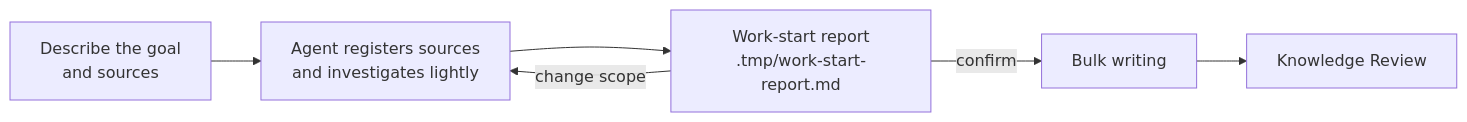
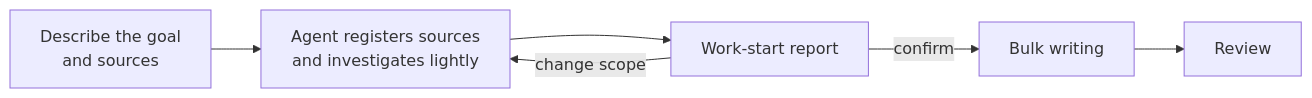
Before and after one commit to context4ai/portal: the diagram in knowledge/sop/planning-and-production/start-reports.md, drawn with Mermaid. The commit also changed other lines of this file and 129 other files, not shown here.

````diff
--- a/knowledge/sop/planning-and-production/start-reports.md
+++ b/knowledge/sop/planning-and-production/start-reports.md
@@ -13,8 +14,8 @@
 ```mermaid
 flowchart LR
   talk["Describe the goal<br/>and sources"] --> inv["Agent registers sources<br/>and investigates lightly"]
-  inv --> rep["Work-start report<br/>.tmp/work-start-report.md"]
+  inv --> rep["Work-start report"]
   rep -->|change scope| inv
   rep -->|confirm| write["Bulk writing"]
-  write --> review["Knowledge Review"]
+  write --> review["Review"]
 ```
````
